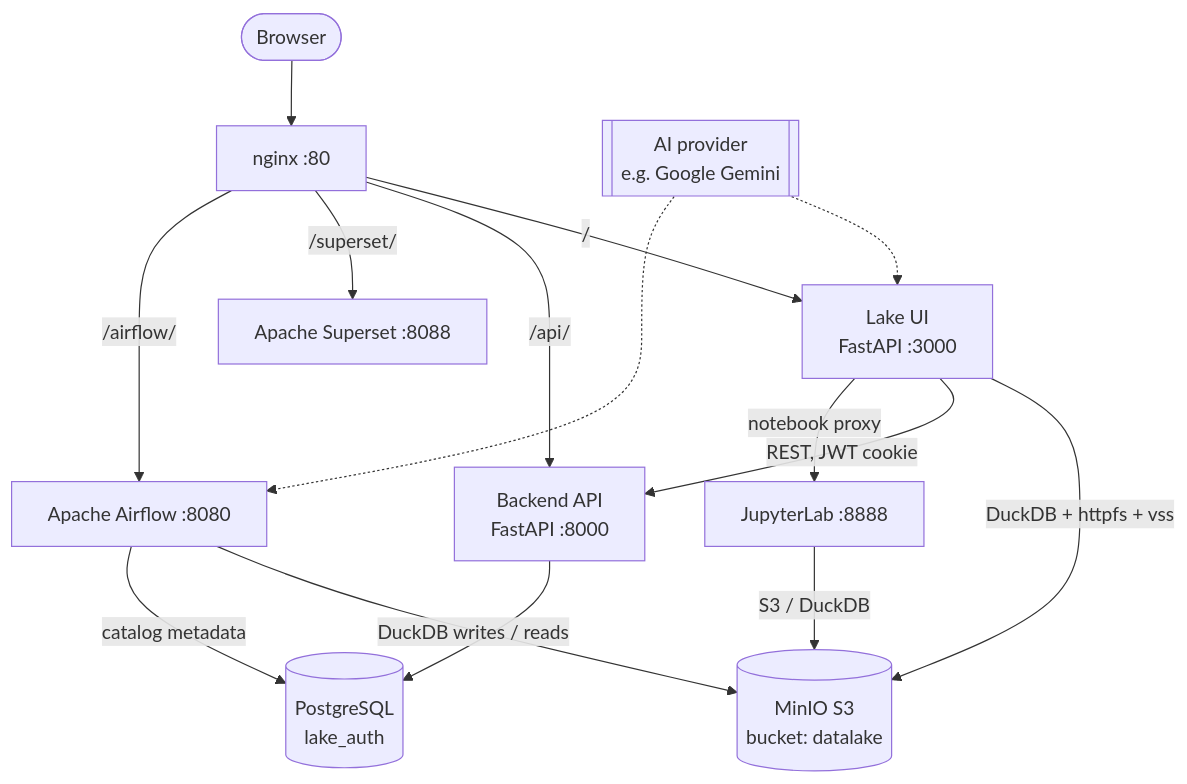
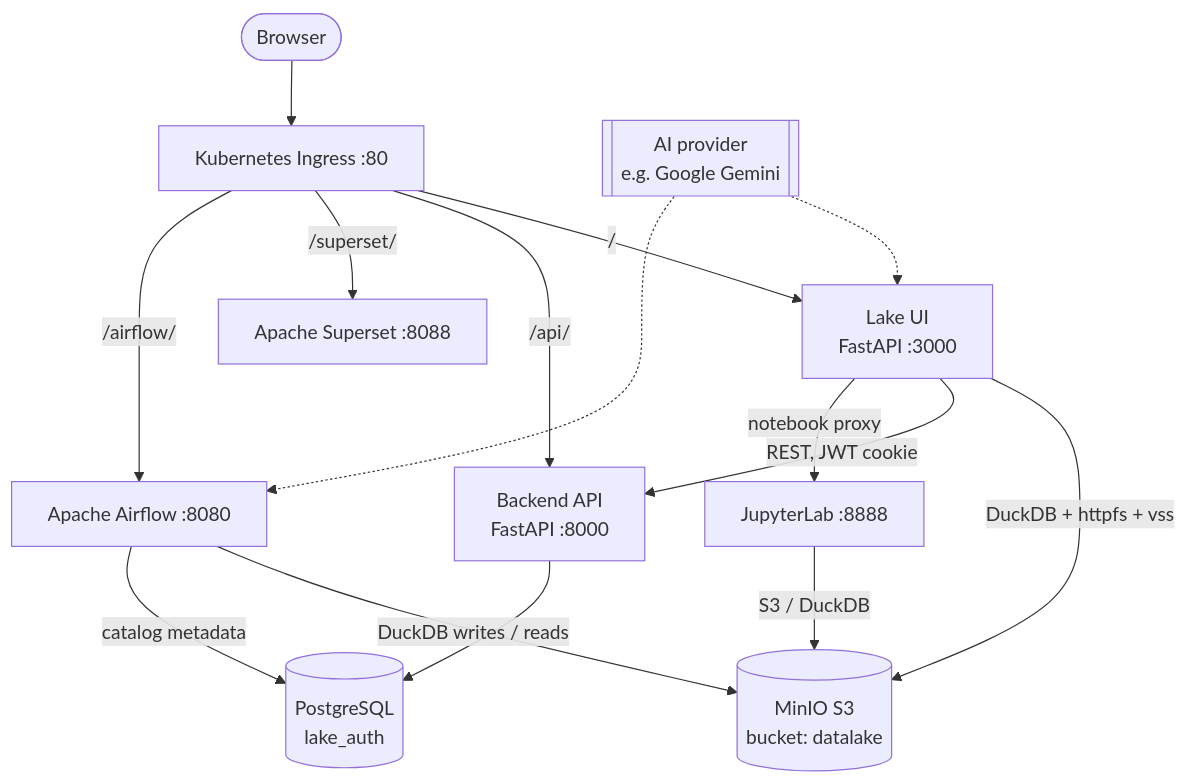
The diagram in docs/wiki/Architecture-Overview.md (Lake-of-Tears/lake-of-tears), drawn with Mermaid before and after one commit. The commit also changed other lines of this file and 22 other files, not shown here.

````diff
--- a/docs/wiki/Architecture-Overview.md
+++ b/docs/wiki/Architecture-Overview.md
@@ -47,20 +44,20 @@
 ```mermaid
 flowchart TB
-    user([Browser]) --> nginx[nginx :80]
+    user([Browser]) --> ingress[Kubernetes Ingress :80]
 
-    nginx -->|/| ui[Lake UI<br/>FastAPI :3000]
-    nginx -->|/api/| backend[Backend API<br/>FastAPI :8000]
-    nginx -->|/superset/| superset[Apache Superset :8088]
-    nginx -->|/airflow/| airflow[Apache Airflow :8080]
+    ingress -->|/| ui[Lake UI<br/>FastAPI :3000]
+    ingress -->|/api/| backend[Backend API<br/>FastAPI :8000]
+    ingress -->|/superset/| superset[Apache Superset :8088]
+    ingress -->|/airflow/| airflow[Apache Airflow :8080]
 
     ui -->|DuckDB + httpfs + vss| minio[(MinIO S3<br/>bucket: datalake)]
     ui -->|REST, JWT cookie| backend
     ui -->|notebook proxy| jupyter[JupyterLab :8888]
     backend --> pg[(PostgreSQL<br/>lake_auth)]
     airflow -->|DuckDB writes / reads| minio
     airflow -->|catalog metadata| pg
     jupyter -->|S3 / DuckDB| minio
 
     gemini[[AI provider<br/>e.g. Google Gemini]] -.-> ui
     gemini -.-> airflow
 ```
````
